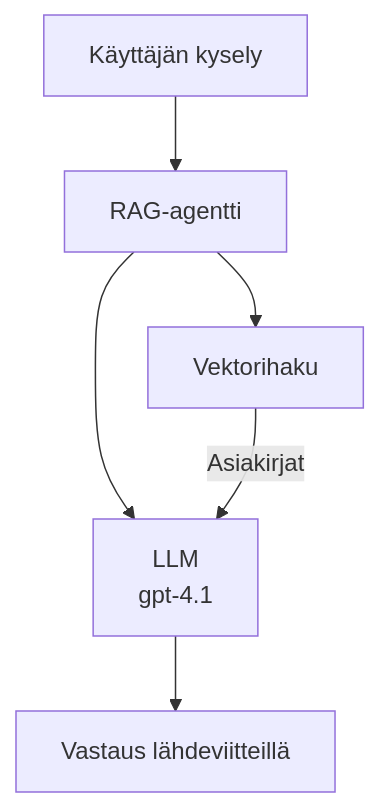
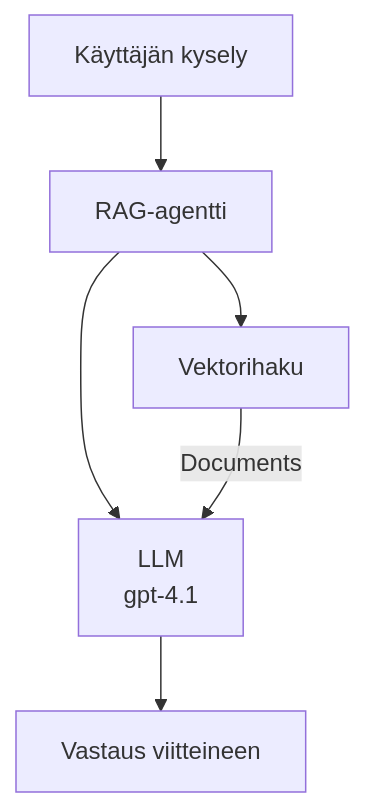
The second of 3 diagrams in translations/fi/docs/chapter-02-ai-development/agents.md (microsoft/AZD-for-beginners), drawn with Mermaid before and after one commit. The commit also changed other lines of this file and 61 other files, not shown here.

````diff
--- a/translations/fi/docs/chapter-02-ai-development/agents.md
+++ b/translations/fi/docs/chapter-02-ai-development/agents.md
@@ -181,8 +181,8 @@
 ```mermaid
 graph TD
     Query[Käyttäjän kysely] --> RAG[RAG-agentti]
     RAG --> Vector[Vektorihaku]
     RAG --> LLM[LLM<br/>gpt-4.1]
-    Vector -- Asiakirjat --> LLM
-    LLM --> Response[Vastaus lähdeviitteillä]
+    Vector -- Documents --> LLM
+    LLM --> Response[Vastaus viitteineen]
 ```
````
